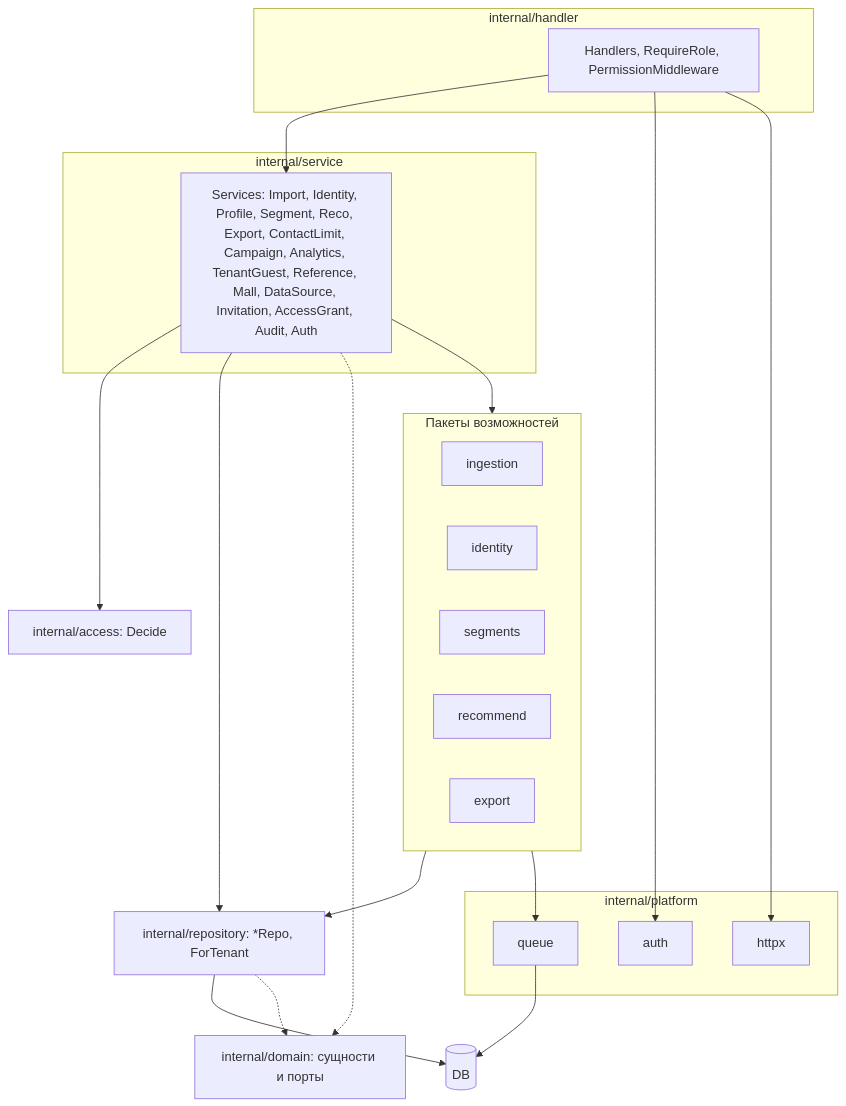
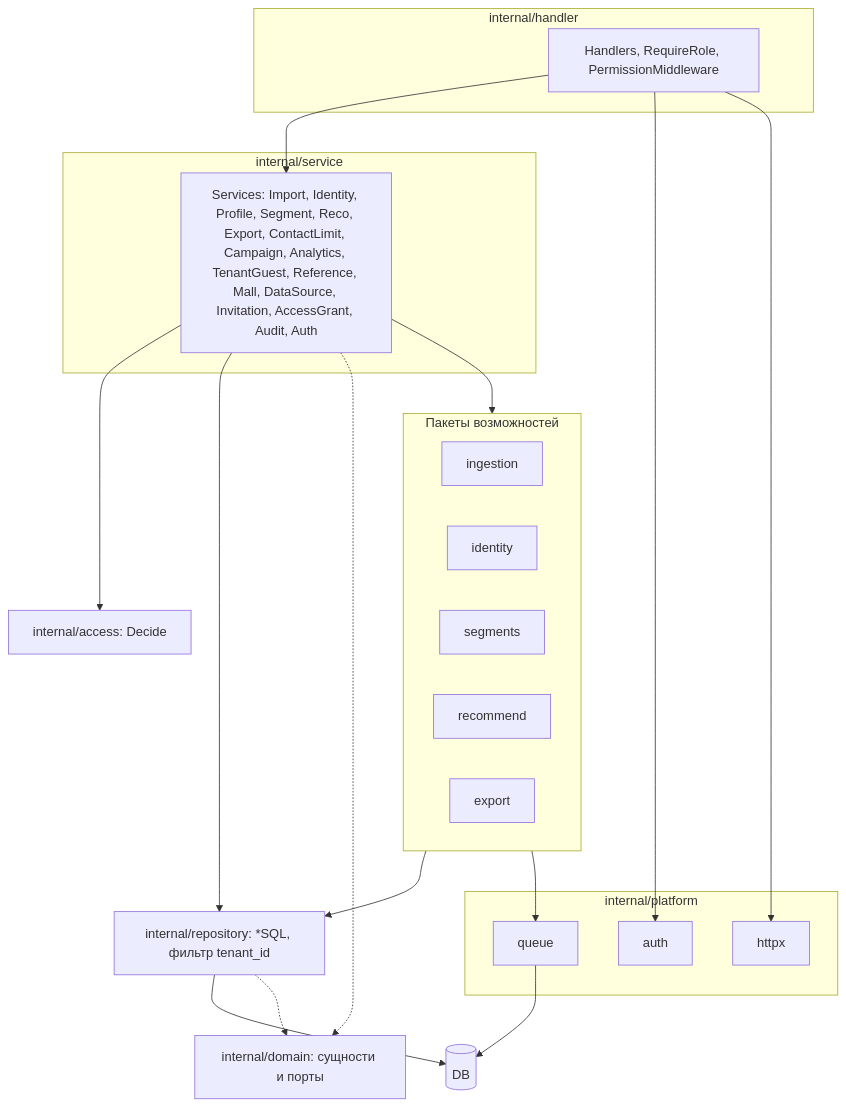
Before and after one commit to MangriMen/UCRP: the third of 5 diagrams in docs/design/12-c4.md, drawn with Mermaid. The commit also changed other lines of this file and 195 other files, not shown here.

````diff
--- a/docs/design/12-c4.md
+++ b/docs/design/12-c4.md
@@ -58,37 +58,37 @@
 ```mermaid
 flowchart TB
   subgraph H["internal/handler"]
     HA["Handlers, RequireRole, PermissionMiddleware"]
   end
   subgraph S["internal/service"]
     SV["Services: Import, Identity, Profile, Segment, Reco, Export, ContactLimit, Campaign, Analytics, TenantGuest, Reference, Mall, DataSource, Invitation, AccessGrant, Audit, Auth"]
   end
   subgraph CAP["Пакеты возможностей"]
     ING["ingestion"]
     IDN["identity"]
     SEG["segments"]
     REC["recommend"]
     EXPT["export"]
   end
   subgraph PL["internal/platform"]
     AUTH["auth"]
     QU["queue"]
     HX["httpx"]
   end
   AC["internal/access: Decide"]
-  REPO["internal/repository: *Repo, ForTenant"]
+  REPO["internal/repository: *SQL, фильтр tenant_id"]
   DOM["internal/domain: сущности и порты"]
   DB[("DB")]
   HA --> SV
   HA --> AUTH
   SV --> CAP
   SV --> AC
   SV --> REPO
   CAP --> REPO
   CAP --> QU
   REPO --> DB
   QU --> DB
   HA --> HX
   SV -.-> DOM
   REPO -.-> DOM
 ```
````
